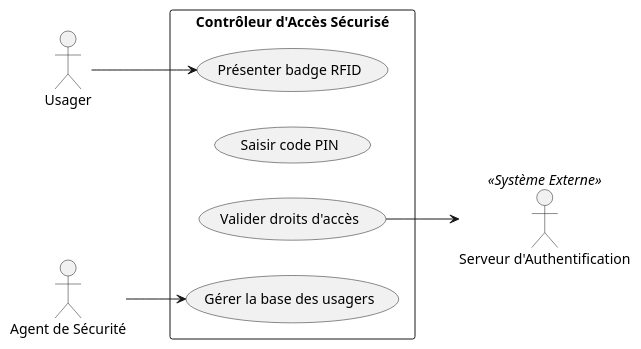
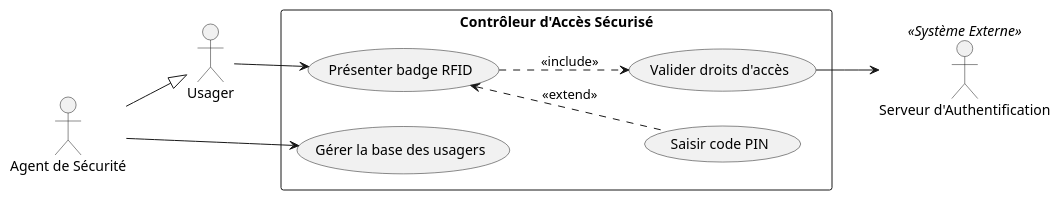
The diagram in tp-exercices/tp4-projet-synthese-controle-acces/controle_acces_uc.puml (CIEL2-JR-PROGRAMMATION/uml), drawn with PlantUML before and after one commit. The commit also changed 8 other files, not shown here.

```diff
--- a/tp-exercices/tp4-projet-synthese-controle-acces/controle_acces_uc.puml
+++ b/tp-exercices/tp4-projet-synthese-controle-acces/controle_acces_uc.puml
@@ -1,46 +1,43 @@
 @startuml
 ' TP 4 : Cas d'Utilisation - Contrôle d'Accès RFID
 left to right direction
 skinparam packageStyle rectangle
 
 actor "Usager" as User
 actor "Agent de Sécurité" as Secu
 actor "Serveur d'Authentification" as SrvAuth <<Système Externe>>
 
 rectangle "Contrôleur d'Accès Sécurisé" {
     usecase "Présenter badge RFID" as UC_Badge
     usecase "Saisir code PIN" as UC_PIN
     usecase "Valider droits d'accès" as UC_Valider
     usecase "Gérer la base des usagers" as UC_Admin
 }
 
 ' Liaisons de base déjà fournies :
 User --> UC_Badge
 Secu --> UC_Admin
 UC_Valider --> SrvAuth
 
 ' ==============================================================================
 ' TODO 1 : Héritage entre Acteurs
 ' L'Agent de Sécurité est un Usager disposant de fonctions administratives supplémentaires.
 ' Syntaxe générale : ActeurFils --|> ActeurParent
 ' ------------------------------------------------------------------------------
-' [ÉCRIVEZ LA RELATION D'HÉRITAGE ICI]
-
+Secu --|> User
 
 ' ==============================================================================
 ' TODO 2 : Dépendance obligatoire <<include>>
 ' Présenter un badge implique TOUJOURS de valider les droits d'accès.
 ' Syntaxe générale : CasSource ..> CasObligatoire : <<include>>
 ' ------------------------------------------------------------------------------
-' [ÉCRIVEZ L'INCLUSION ICI]
-
+UC_Badge ..> UC_Valider : <<include>>
 
 ' ==============================================================================
 ' TODO 3 : Dépendance optionnelle <<extend>>
 ' En zone sensible, la saisie du code PIN prolonge la lecture du badge (facultatif).
 ' Syntaxe générale : CasBase <.. CasOptionnel : <<extend>>
 ' ------------------------------------------------------------------------------
-' [ÉCRIVEZ L'EXTENSION ICI]
-
+UC_Badge <.. UC_PIN : <<extend>>
 
 @enduml
```
